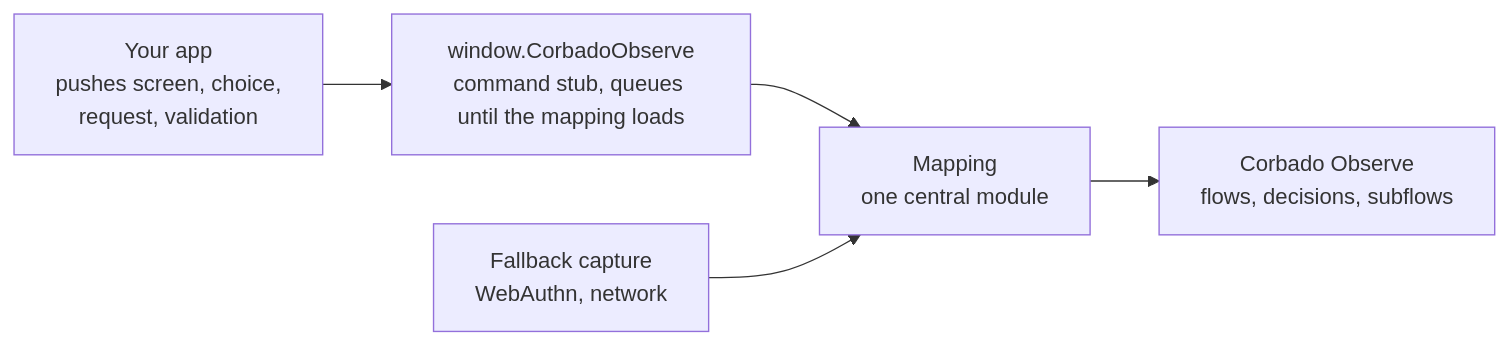
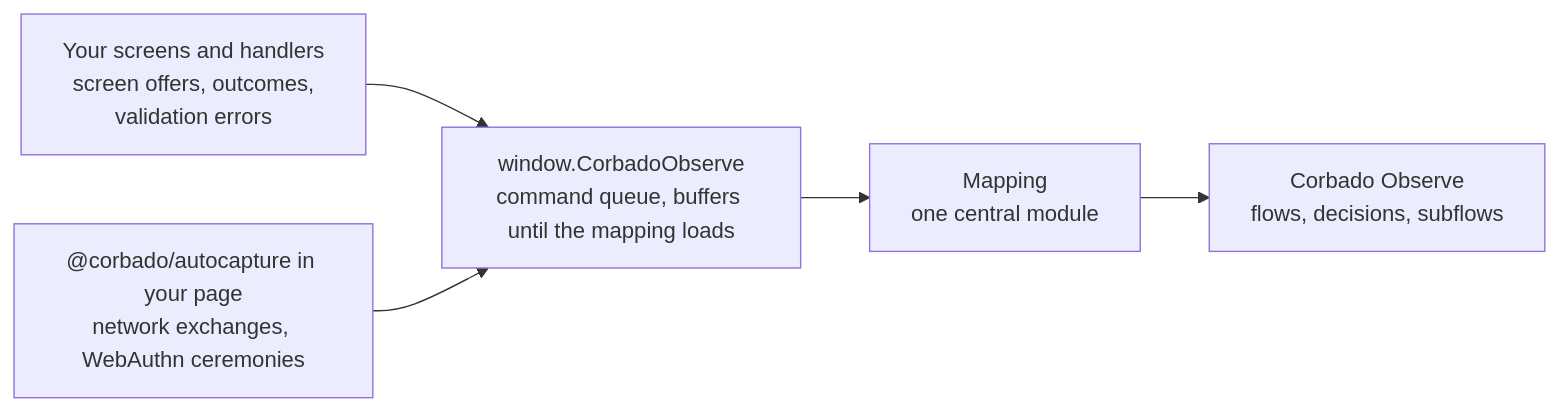
Before and after one commit to corbadotech/docs: the diagram in corbado-observe/get-started/data-layer.mdx, drawn with Mermaid. The commit also changed other lines of this file and 7 other files, not shown here.

````diff
--- a/corbado-observe/get-started/data-layer.mdx
+++ b/corbado-observe/get-started/data-layer.mdx
@@ -24,7 +25,7 @@
 ```mermaid
 flowchart LR
-    A["Your app<br />pushes screen, choice,<br />request, validation"] --> L["window.CorbadoObserve<br />command stub, queues until the mapping loads"]
+    A["Your screens and handlers<br />screen offers, outcomes,<br />validation errors"] --> L["window.CorbadoObserve<br />command queue, buffers until the mapping loads"]
+    C["@corbado/autocapture in your page<br />network exchanges, WebAuthn ceremonies"] --> L
     L --> M["Mapping<br />one central module"]
-    F["Fallback capture<br />WebAuthn, network"] --> M
     M --> O["Corbado Observe<br />flows, decisions, subflows"]
 ```
````
